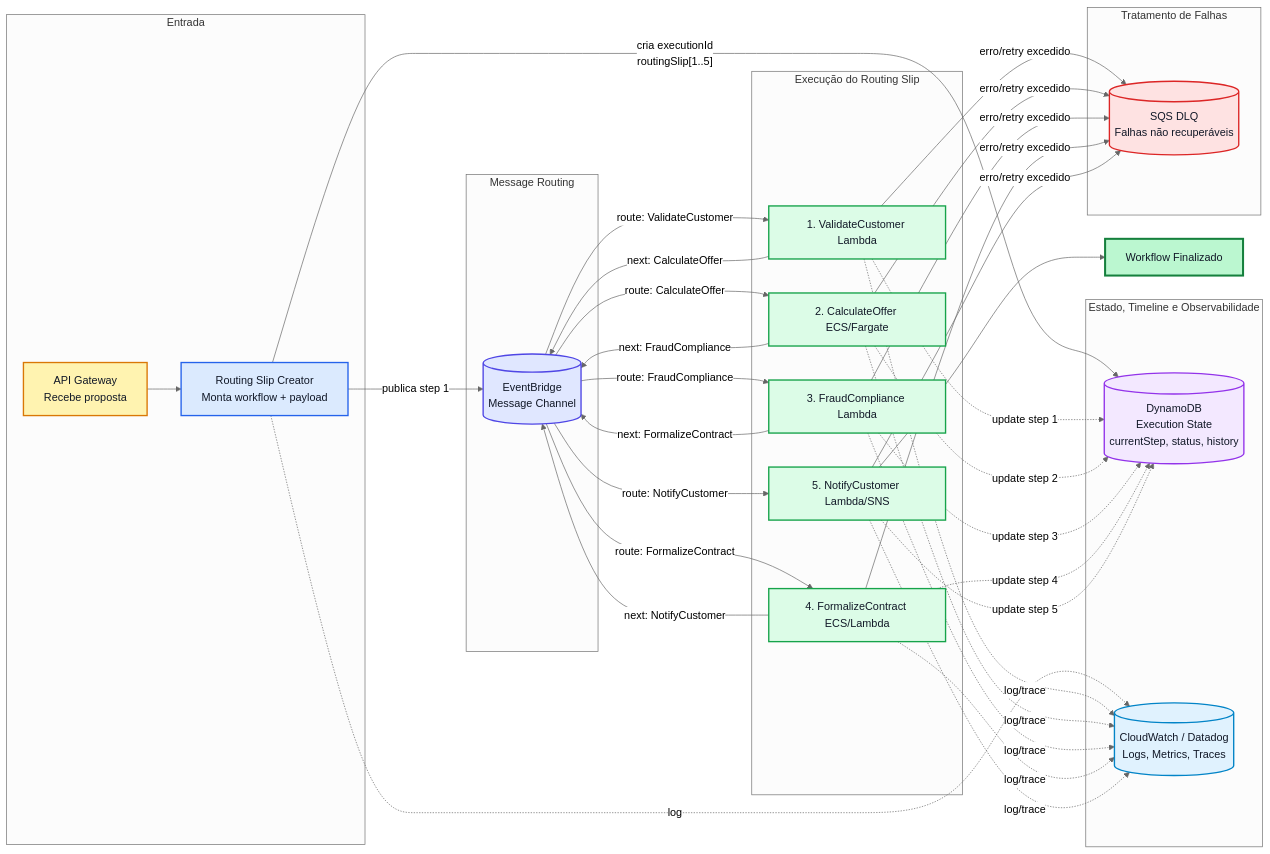
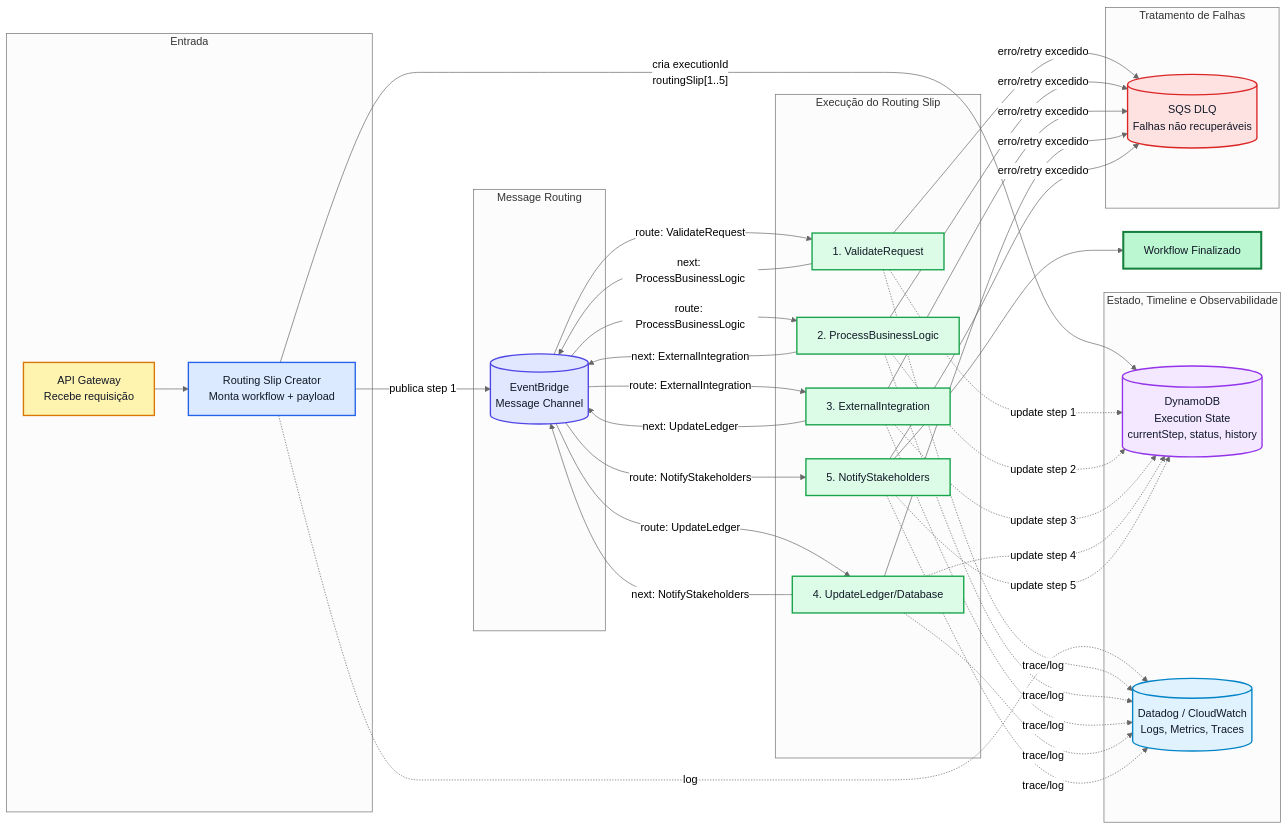
One commit to raywall/routing-slip-pattern changed the diagram in studio/docs/content/01-introducao/01-visao-geral.md. Above: the diagram before and after it, drawn with Mermaid (neutral theme). The commit also changed other lines of this file and 4 other files, not shown here.

`````diff
--- a/studio/docs/content/01-introducao/01-visao-geral.md
+++ b/studio/docs/content/01-introducao/01-visao-geral.md
@@ -23,7 +18,7 @@
 ```mermaid
 flowchart LR
   %% Entrada
-  A[API Gateway<br/>Recebe proposta]:::entry
+  A[API Gateway<br/>Recebe requisição]:::entry
   B[Routing Slip Creator<br/>Monta workflow + payload]:::control
 
   %% Canal
@@ -31,15 +26,15 @@
 
   %% Estado
   ST[(DynamoDB<br/>Execution State<br/>currentStep, status, history)]:::state
-  LOG[(CloudWatch / Datadog<br/>Logs, Metrics, Traces)]:::obs
+  LOG[(Datadog / CloudWatch<br/>Logs, Metrics, Traces)]:::obs
   DLQ[(SQS DLQ<br/>Falhas não recuperáveis)]:::error
 
   %% Steps
-  S1["1. ValidateCustomer Lambda"]:::step
-  S2["2. CalculateOffer ECS/Fargate"]:::step
-  S3["3. FraudCompliance Lambda"]:::step
-  S4["4. FormalizeContract ECS/Lambda"]:::step
-  S5["5. NotifyCustomer Lambda/SNS"]:::step
+  S1["1. ValidateRequest"]:::step
+  S2["2. ProcessBusinessLogic"]:::step
+  S3["3. ExternalIntegration"]:::step
+  S4["4. UpdateLedger/Database"]:::step
+  S5["5. NotifyStakeholders"]:::step
   END["Workflow Finalizado"]:::success
 
   %% Fluxo principal
@@ -47,19 +42,19 @@
   B -->|"cria executionId<br/>routingSlip[1..5]"| ST
   B -->|publica step 1| EB
 
-  EB -->|route: ValidateCustomer| S1
-  S1 -->|next: CalculateOffer| EB
+  EB -->|route: ValidateRequest| S1
+  S1 -->|next: ProcessBusinessLogic| EB
 
-  EB -->|route: CalculateOffer| S2
-  S2 -->|next: FraudCompliance| EB
+  EB -->|route: ProcessBusinessLogic| S2
+  S2 -->|next: ExternalIntegration| EB
 
-  EB -->|route: FraudCompliance| S3
-  S3 -->|next: FormalizeContract| EB
+  EB -->|route: ExternalIntegration| S3
+  S3 -->|next: UpdateLedger| EB
 
-  EB -->|route: FormalizeContract| S4
-  S4 -->|next: NotifyCustomer| EB
+  EB -->|route: UpdateLedger| S4
+  S4 -->|next: NotifyStakeholders| EB
 
-  EB -->|route: NotifyCustomer| S5
+  EB -->|route: NotifyStakeholders| S5
   S5 --> END
 
   %% Estado e observabilidade
@@ -70,11 +65,11 @@
   S5 -. update step 5 .-> ST
 
   B -. log .-> LOG
-  S1 -. log/trace .-> LOG
-  S2 -. log/trace .-> LOG
-  S3 -. log/trace .-> LOG
-  S4 -. log/trace .-> LOG
-  S5 -. log/trace .-> LOG
+  S1 -. trace/log .-> LOG
+  S2 -. trace/log .-> LOG
+  S3 -. trace/log .-> LOG
+  S4 -. trace/log .-> LOG
+  S5 -. trace/log .-> LOG
 
   %% Falhas
   S1 -->|erro/retry excedido| DLQ
@@ -119,4 +114,4 @@
   classDef obs fill:#E0F2FE,stroke:#0284C7,stroke-width:2px,color:#111827;
   classDef error fill:#FEE2E2,stroke:#DC2626,stroke-width:2px,color:#111827;
   classDef success fill:#BBF7D0,stroke:#15803D,stroke-width:3px,color:#111827;
-```
+````
`````
